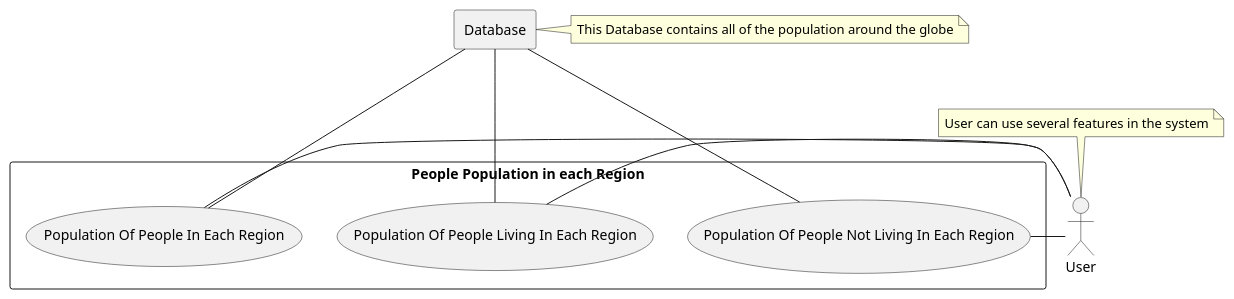
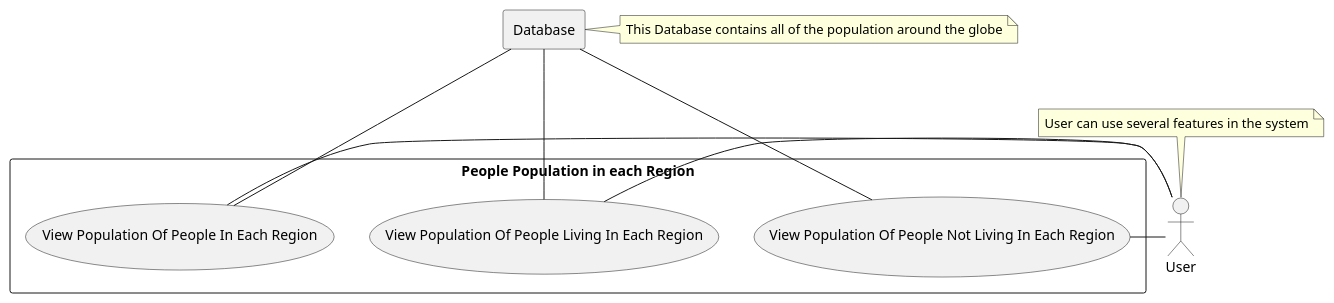
Before and after one commit to 40437404/DevOps_SET09623: the diagram in use-cases/PouplationOfPeopleInEachRegion.puml, drawn with PlantUML. The commit also changed 9 other files, not shown here.

Commit message:
UseCase Diagrams Updated

```diff
--- a/use-cases/PouplationOfPeopleInEachRegion.puml
+++ b/use-cases/PouplationOfPeopleInEachRegion.puml
@@ -1,17 +1,17 @@
 @startuml
     actor user as "User"
         note top of user: User can use several features in the system
         rectangle db as "Database"
         note right of db: This Database contains all of the population around the globe
     rectangle "People Population in each Region"{
-        usecase PC1 as "Population Of People In Each Region"
-        usecase PC2 as "Population Of People Living In Each Region"
-        usecase PC3 as "Population Of People Not Living In Each Region"
+        usecase PC1 as "View Population Of People In Each Region"
+        usecase PC2 as "View Population Of People Living In Each Region"
+        usecase PC3 as "View Population Of People Not Living In Each Region"
         user - PC1
         user - PC2
         user - PC3
         db --- PC1
         db --- PC2
         db --- PC3
     }
 @enduml
```
